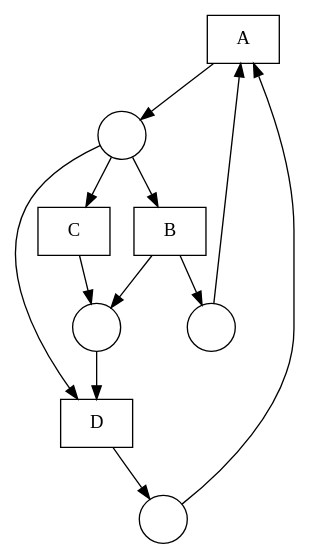
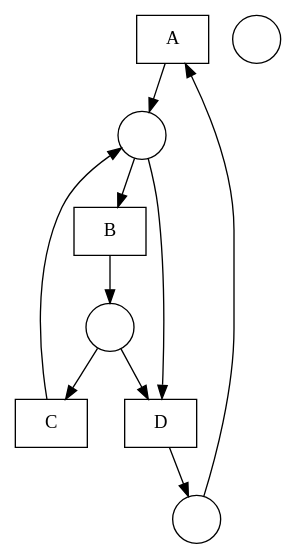
Before and after one commit to DWitek97/GeneticMiner: the diagram in nets/Fittest net.gv, drawn with Graphviz. The commit also changed 6 other files, not shown here.

```diff
--- a/nets/Fittest net.gv
+++ b/nets/Fittest net.gv
@@ -1,23 +1,21 @@
 digraph "Fittest net" {
 	node [shape=box]
 	A [label=A]
 	B [label=B]
+	C [label=C]
 	D [label=D]
-	C [label=C]
 	node [shape=circle]
 	1 [label=" "]
 	2 [label=" "]
 	3 [label=" "]
 	4 [label=" "]
-	1 -> A
-	4 -> A
-	A -> 2
-	2 -> B
+	2 -> A
+	A -> 4
+	4 -> B
 	B -> 1
-	B -> 3
-	2 -> D
-	3 -> D
-	D -> 4
-	2 -> C
-	C -> 3
+	1 -> C
+	C -> 4
+	4 -> D
+	1 -> D
+	D -> 2
 }
```
